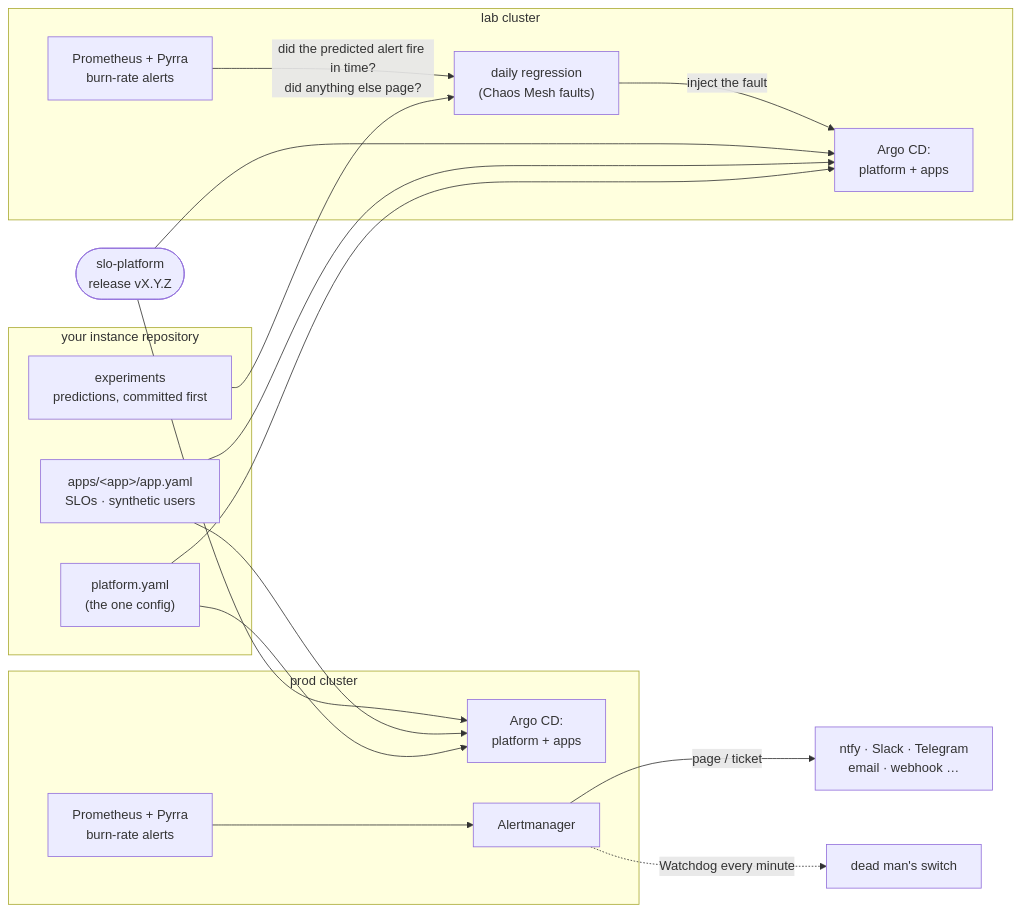
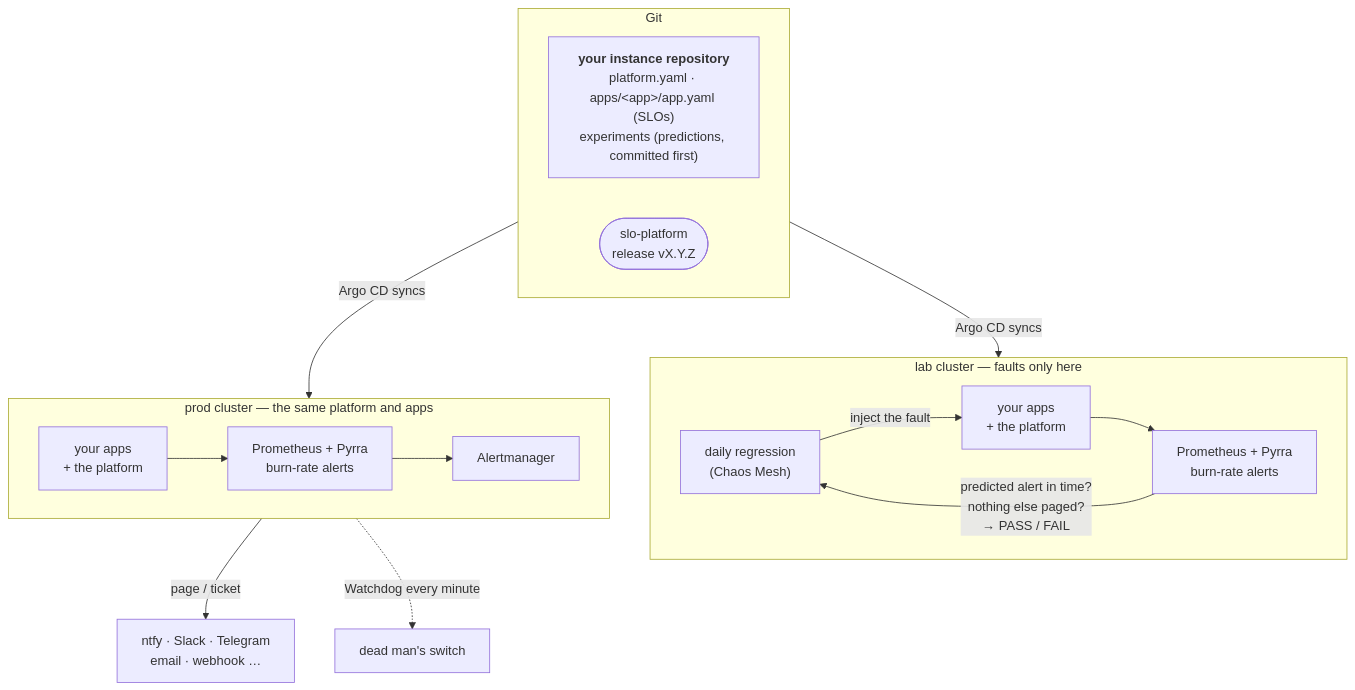
The diagram in README.md (MIERAI/slo-platform), drawn with Mermaid before and after one commit.

Commit message:
README: a clearer architecture diagram (Git → two clusters; the lab's fault → alert → verdict loop)
Rendered with mermaid-cli before committing.

````diff
--- a/README.md
+++ b/README.md
@@ -37,31 +37,22 @@
 ```mermaid
-flowchart LR
-  subgraph repo["your instance repository"]
-    cfg["platform.yaml<br/>(the one config)"]
-    apps["apps/&lt;app&gt;/app.yaml<br/>SLOs · synthetic users"]
-    exp["experiments<br/>predictions, committed first"]
+flowchart TB
+  subgraph git["Git"]
+    direction LR
+    repo["<b>your instance repository</b><br/>platform.yaml · apps/&lt;app&gt;/app.yaml (SLOs)<br/>experiments (predictions, committed first)"]
+    rel(["slo-platform<br/>release vX.Y.Z"])
   end
-  rel(["slo-platform<br/>release vX.Y.Z"])
-
-  subgraph lab["lab cluster"]
-    lgit["Argo CD:<br/>platform + apps"]
-    reg["daily regression<br/>(Chaos Mesh faults)"]
-    lprom["Prometheus + Pyrra<br/>burn-rate alerts"]
+  subgraph lab["lab cluster — faults only here"]
+    direction LR
+    reg["daily regression<br/>(Chaos Mesh)"] -- "inject the fault" --> lapps["your apps<br/>+ the platform"]
+    lapps --> lprom["Prometheus + Pyrra<br/>burn-rate alerts"]
+    lprom -- "predicted alert in time?<br/>nothing else paged?<br/>→ PASS / FAIL" --> reg
   end
-
-  subgraph prod["prod cluster"]
-    pgit["Argo CD:<br/>platform + apps"]
-    pprom["Prometheus + Pyrra<br/>burn-rate alerts"]
-    am["Alertmanager"]
+  subgraph prod["prod cluster — the same platform and apps"]
+    direction LR
+    papps["your apps<br/>+ the platform"] --> pprom["Prometheus + Pyrra<br/>burn-rate alerts"] --> am["Alertmanager"]
   end
-
-  cfg --> lgit & pgit
-  apps --> lgit & pgit
-  rel --> lgit & pgit
-  exp --> reg
-  reg -- "inject the fault" --> lgit
-  lprom -- "did the predicted alert fire in time?<br/>did anything else page?" --> reg
-  pprom --> am
+  git -- "Argo CD syncs" --> lab
+  git -- "Argo CD syncs" --> prod
   am -- "page / ticket" --> people["ntfy · Slack · Telegram<br/>email · webhook …"]
   am -. "Watchdog every minute" .-> dms["dead man's switch"]
 ```
````
